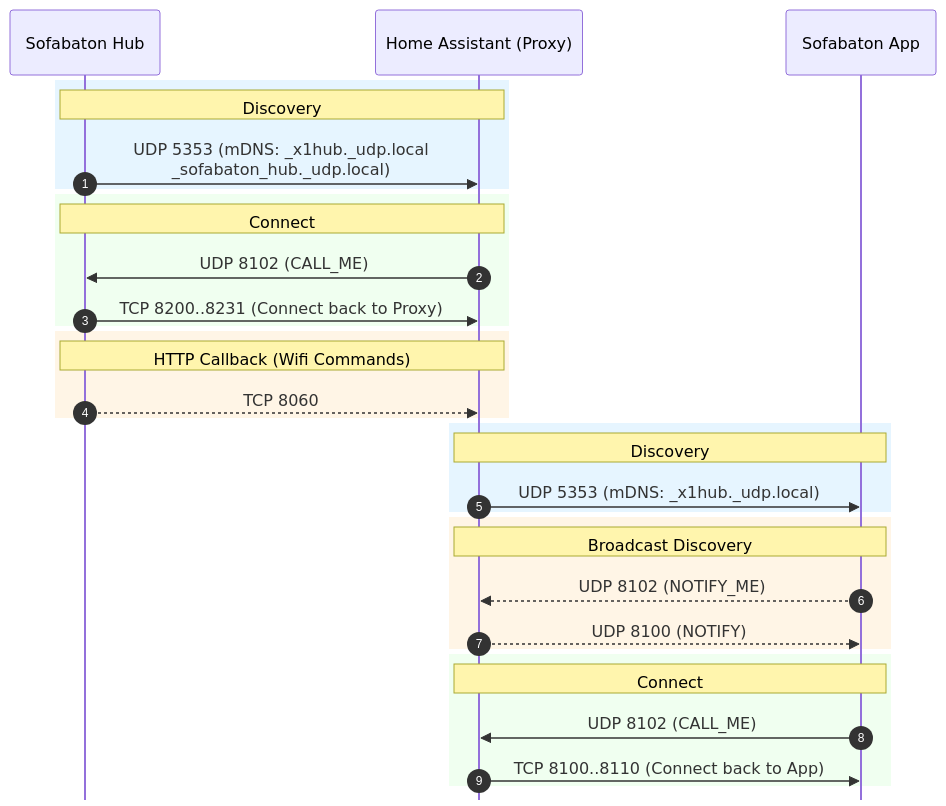
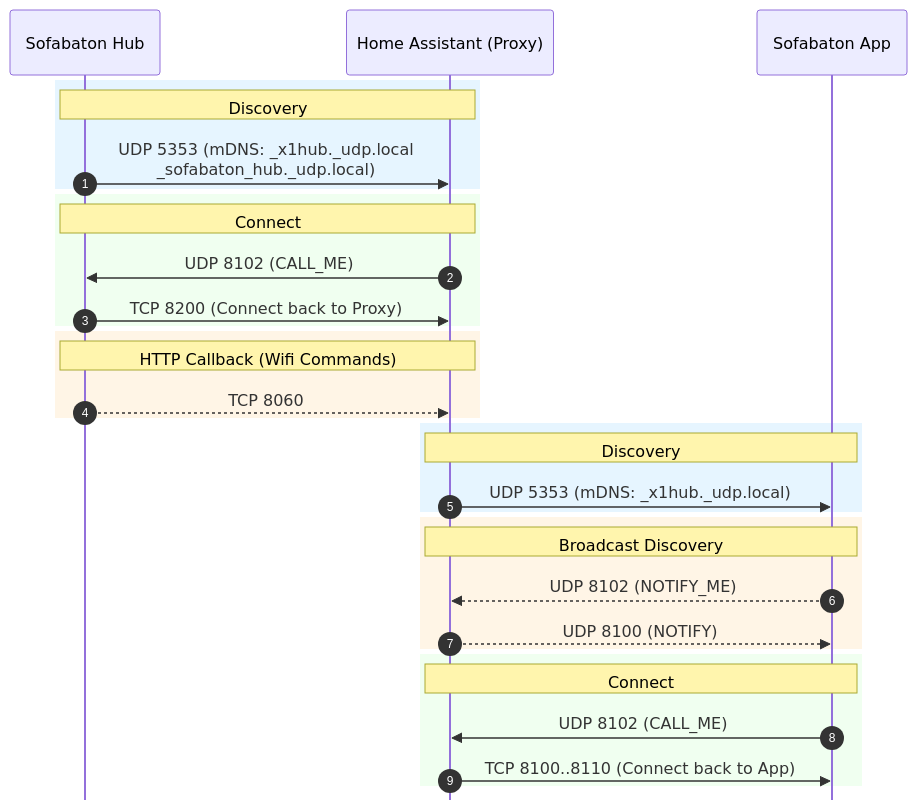
The diagram in docs/networking.md (Akm0d/home-assistant-sofabaton-x1s), drawn with Mermaid before and after one commit. The commit also changed other lines of this file and 1 other file, not shown here.

Commit message:
Docs updated to reflect single TCP listener.

````diff
--- a/docs/networking.md
+++ b/docs/networking.md
@@ -5,41 +5,41 @@
 ```mermaid
 %%{init: { 'theme': 'default', 'sequence': { 'messageMargin': 10, 'boxMargin': 5, 'noteMargin': 5, 'mirrorActors': false }}}%%
 sequenceDiagram
     autonumber
     participant Hub as Sofabaton Hub
     participant HA as Home Assistant (Proxy)
     participant App as Sofabaton App
 
     rect rgb(230, 245, 255)
         Note over Hub, HA: Discovery
         Hub->>HA: UDP 5353 (mDNS: _x1hub._udp.local <br/> _sofabaton_hub._udp.local)
     end
 
     rect rgb(240, 255, 240)
         Note over Hub, HA: Connect
         HA->>Hub: UDP 8102 (CALL_ME)
-        Hub->>HA: TCP 8200..8231 (Connect back to Proxy)
+        Hub->>HA: TCP 8200 (Connect back to Proxy)
     end
 
     rect rgb(255, 245, 230)
         Note over Hub, HA: HTTP Callback (Wifi Commands)
         Hub-->>HA: TCP 8060
     end
 
     rect rgb(230, 245, 255)
         Note over HA, App: Discovery
         HA->>App: UDP 5353 (mDNS: _x1hub._udp.local)
     end
 
     rect rgb(255, 245, 230)
         Note over App, HA: Broadcast Discovery
         App-->>HA: UDP 8102 (NOTIFY_ME)
         HA-->>App: UDP 8100 (NOTIFY)
     end
 
     rect rgb(240, 255, 240)
         Note over App, HA: Connect
         App->>HA: UDP 8102 (CALL_ME)
         HA->>App: TCP 8100..8110 (Connect back to App)
     end
 ```
````
